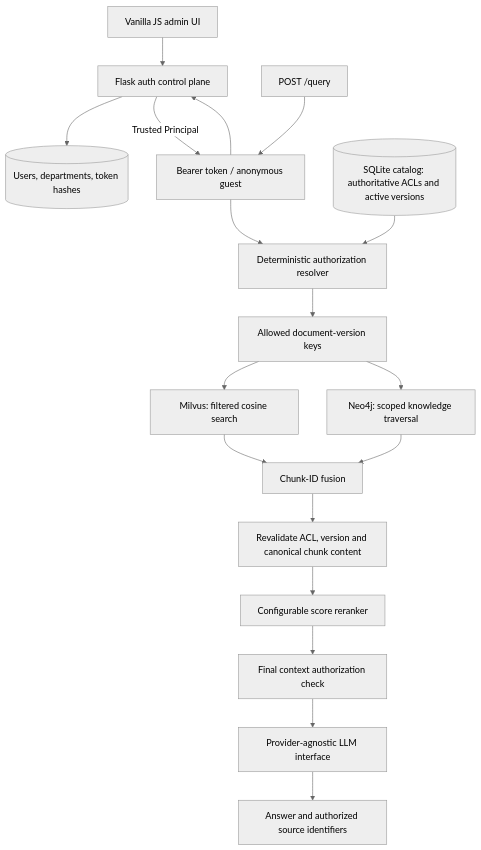
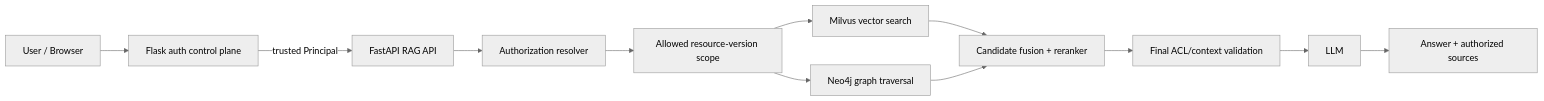
The diagram in README.md (zzeiidann/rag-engineering), drawn with Mermaid (neutral theme) before and after one commit. The commit also changed other lines of this file and 18 other files, not shown here.

````diff
--- a/README.md
+++ b/README.md
@@ -9,20 +34,14 @@
 ```mermaid
-flowchart TD
-    U[Vanilla JS admin UI] --> CP[Flask auth control plane]
-    CP --> ID[(Users, departments, token hashes)]
-    Q[POST /query] --> A[Bearer token / anonymous guest]
-    A --> CP
-    CP -->|Trusted Principal| A
-    A --> P[Deterministic authorization resolver]
-    C[(SQLite catalog: authoritative ACLs and active versions)] --> P
-    P --> S[Allowed document-version keys]
-    S --> V[Milvus: filtered cosine search]
-    S --> G[Neo4j: scoped knowledge traversal]
-    V --> F[Chunk-ID fusion]
+flowchart LR
+    U[User / Browser] --> A[Flask auth control plane]
+    A -->|trusted Principal| API[FastAPI RAG API]
+    API --> ACL[Authorization resolver]
+    ACL --> S[Allowed resource-version scope]
+    S --> V[Milvus vector search]
+    S --> G[Neo4j graph traversal]
+    V --> F[Candidate fusion + reranker]
     G --> F
-    F --> D[Revalidate ACL, version and canonical chunk content]
-    D --> R[Configurable score reranker]
-    R --> B[Final context authorization check]
-    B --> L[Provider-agnostic LLM interface]
-    L --> O[Answer and authorized source identifiers]
+    F --> C[Final ACL/context validation]
+    C --> L[LLM]
+    L --> R[Answer + authorized sources]
 ```
````
